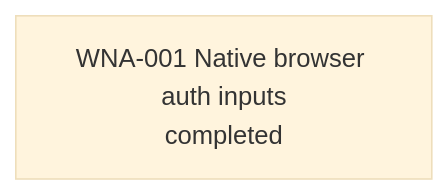
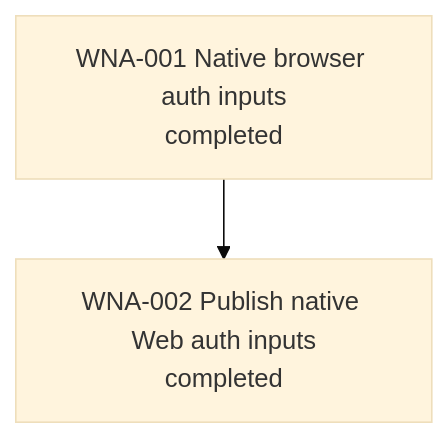
The first of 14 diagrams in agent-workflow/WORK_GRAPH.md (allenljf/algorithm-learning), drawn with Mermaid (base theme) before and after one commit. The commit also changed 6 other files, not shown here.

Commit message:
docs: record native Web auth release

````diff
--- a/agent-workflow/WORK_GRAPH.md
+++ b/agent-workflow/WORK_GRAPH.md
@@ -5,4 +5,7 @@
 ```mermaid
 flowchart TD
   N1[WNA-001 Native browser auth inputs\ncompleted]
+  N2[WNA-002 Publish native Web auth inputs\ncompleted]
+
+  N1 --> N2
 ```
````
